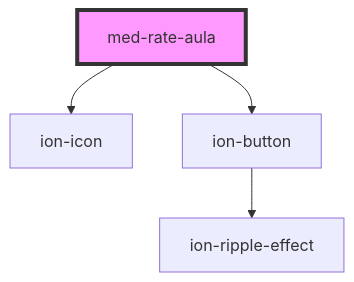
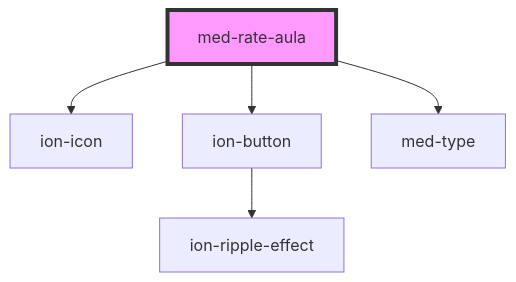
The diagram in core/src/components/@medgrupo/global/med-rate-aula/readme.md (MEDGRUPOGIT/ionic-framework-1), drawn with Mermaid before and after one commit. The commit also changed other lines of this file and 57 other files, not shown here.

````diff
--- a/core/src/components/@medgrupo/global/med-rate-aula/readme.md
+++ b/core/src/components/@medgrupo/global/med-rate-aula/readme.md
@@ -36,7 +37,8 @@
 ```mermaid
 graph TD;
   med-rate-aula --> ion-icon
   med-rate-aula --> ion-button
+  med-rate-aula --> med-type
   ion-button --> ion-ripple-effect
   style med-rate-aula fill:#f9f,stroke:#333,stroke-width:4px
 ```
````
